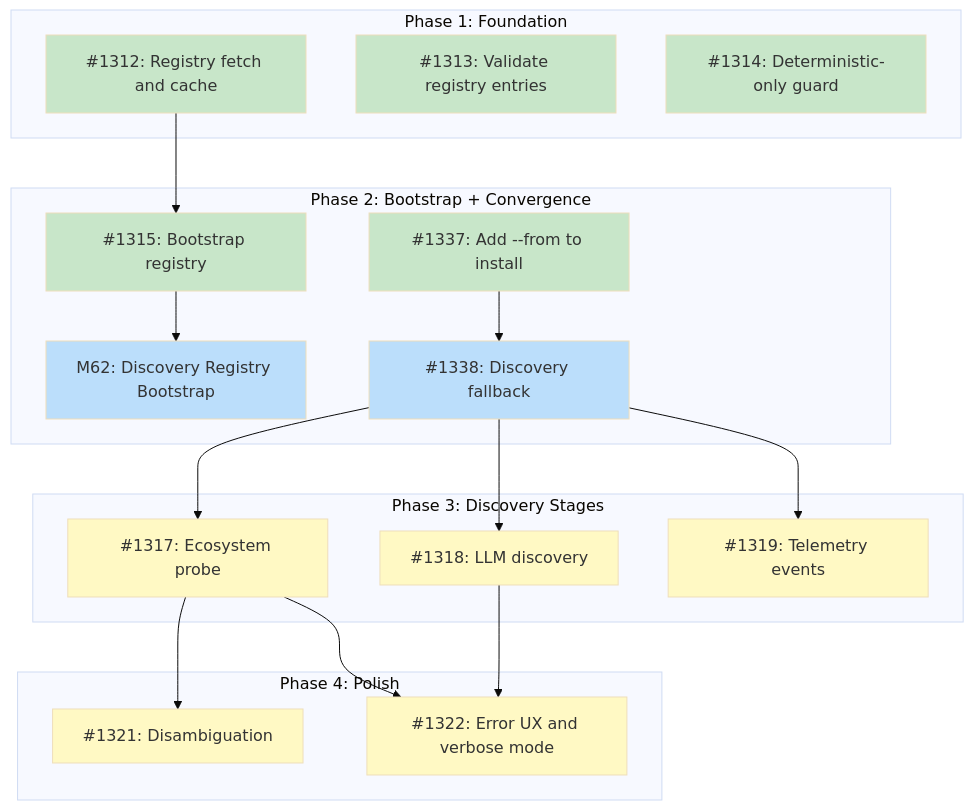
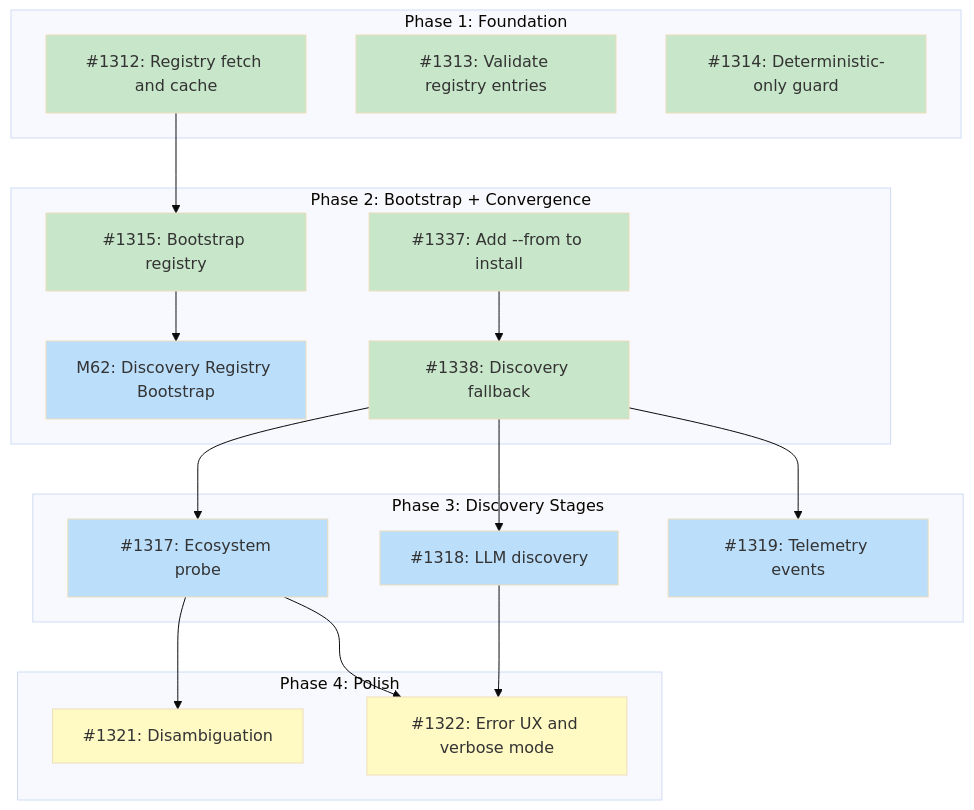
The diagram in docs/designs/DESIGN-discovery-resolver.md (tsukumogami/tsuku), drawn with Mermaid (base theme) before and after one commit. The commit also changed other lines of this file, not shown here.

Commit message:
docs: update discovery resolver diagram for #1338 completion

````diff
--- a/docs/designs/DESIGN-discovery-resolver.md
+++ b/docs/designs/DESIGN-discovery-resolver.md
@@ -62,49 +62,48 @@
 ```mermaid
 graph TD
     subgraph Phase1["Phase 1: Foundation"]
         I1312["#1312: Registry fetch and cache"]
         I1313["#1313: Validate registry entries"]
         I1314["#1314: Deterministic-only guard"]
     end
 
     subgraph Phase2["Phase 2: Bootstrap + Convergence"]
         M62["M62: Discovery Registry Bootstrap"]
         I1315["#1315: Bootstrap registry"]
         I1337["#1337: Add --from to install"]
         I1338["#1338: Discovery fallback"]
     end
 
     subgraph Phase3["Phase 3: Discovery Stages"]
         I1317["#1317: Ecosystem probe"]
         I1318["#1318: LLM discovery"]
         I1319["#1319: Telemetry events"]
     end
 
     subgraph Phase4["Phase 4: Polish"]
         I1321["#1321: Disambiguation"]
         I1322["#1322: Error UX and verbose mode"]
     end
 
     I1312 --> I1315
     I1315 --> M62
     I1337 --> I1338
     I1338 --> I1317
     I1338 --> I1318
     I1338 --> I1319
     I1317 --> I1321
     I1317 --> I1322
     I1318 --> I1322
 
     classDef done fill:#c8e6c9
     classDef ready fill:#bbdefb
     classDef blocked fill:#fff9c4
     classDef needsDesign fill:#e1bee7
 
     class I1312,I1313,I1314 done
-    class I1337 done
-    class I1338 ready
-    class I1319 blocked
+    class I1337,I1338 done
+    class I1319,I1317,I1318 ready
     class M62 ready
     class I1315 done
-    class I1317,I1318,I1321,I1322 blocked
+    class I1321,I1322 blocked
 ```
````
